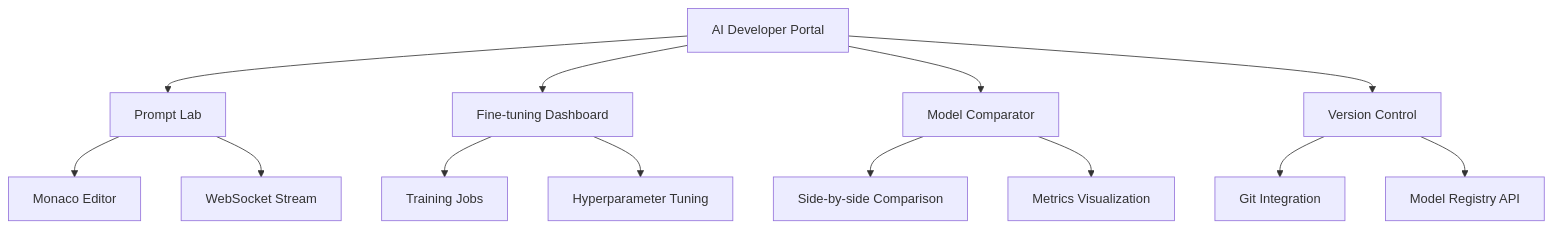
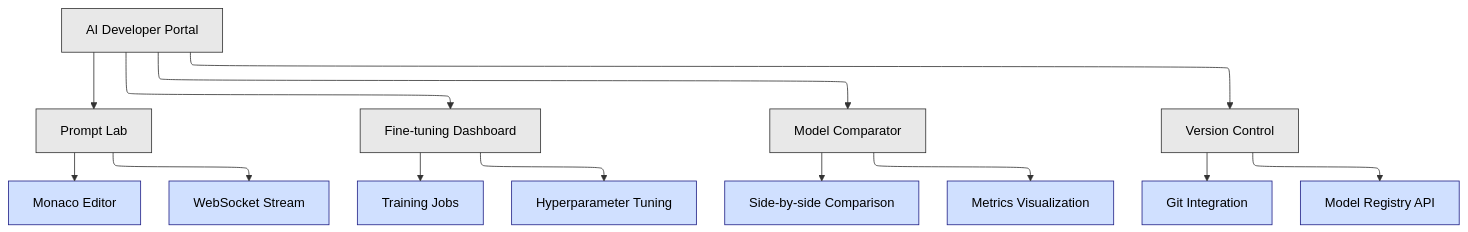
One commit to Vineet-Sharma-Medium-Stories/Medium-Build-Tool changed the first of 7 diagrams in Enterprise AI Architecture: A Comprehensive Technical Blueprint - 4 Parts/Enterprise AI Architecture Part 1: The Foundation - User Access & Data Ingestion.md. Above: the diagram before and after it, drawn with Mermaid. The commit also changed other lines of this file and 53 other files, not shown here.

Commit message:
Enterprise AI Architecture Part 1: The Foundation - User Access & Data Ingestion

````diff
--- a/Enterprise AI Architecture: A Comprehensive Technical Blueprint - 4 Parts/Enterprise AI Architecture Part 1: The Foundation - User Access & Data Ingestion.md
+++ b/Enterprise AI Architecture: A Comprehensive Technical Blueprint - 4 Parts/Enterprise AI Architecture Part 1: The Foundation - User Access & Data Ingestion.md
@@ -41,19 +43,31 @@
 ```mermaid
-graph TD
-    A[AI Developer Portal] --> B[Prompt Lab]
-    A --> C[Fine-tuning Dashboard]
-    A --> D[Model Comparator]
-    A --> E[Version Control]
-    
-    B --> F[Monaco Editor]
-    B --> G[WebSocket Stream]
-    
-    C --> H[Training Jobs]
-    C --> I[Hyperparameter Tuning]
-    
-    D --> J[Side-by-side Comparison]
-    D --> K[Metrics Visualization]
-    
-    E --> L[Git Integration]
-    E --> M[Model Registry API]
+---
+config:
+  theme: base
+  themeVariables:
+    primaryColor: '#f0f0f0'
+    primaryTextColor: '#000'
+    primaryBorderColor: '#555'
+    lineColor: '#333'
+    secondaryColor: '#e0e0e0'
+    tertiaryColor: '#fff'
+  layout: elk
+---
+flowchart TB
+    A["AI Developer Portal"] --> B["Prompt Lab"] & C["Fine-tuning Dashboard"] & D["Model Comparator"] & E["Version Control"]
+    B --> F["Monaco Editor"] & G["WebSocket Stream"]
+    C --> H["Training Jobs"] & I["Hyperparameter Tuning"]
+    D --> J["Side-by-side Comparison"] & K["Metrics Visualization"]
+    E --> L["Git Integration"] & M["Model Registry API"]
+
+     F:::leaf
+     G:::leaf
+     H:::leaf
+     I:::leaf
+     J:::leaf
+     K:::leaf
+     L:::leaf
+     M:::leaf
+    classDef default fill:#e8e8e8,stroke:#333,stroke-width:1px,color:#000
+    classDef leaf fill:#d0e0ff,stroke:#228,stroke-width:1px,color:#000
 ```
````
